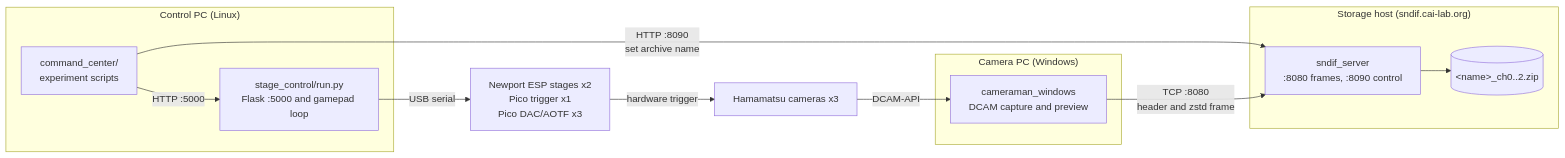
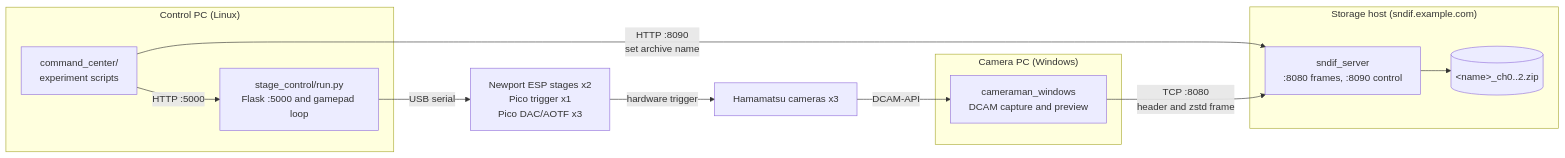
The diagram in docs/architecture.md (Cai-Lab-at-University-of-Michigan/plSCMV1_code), drawn with Mermaid before and after one commit. The commit also changed 1 other file, not shown here.

Commit message:
Update url

````diff
--- a/docs/architecture.md
+++ b/docs/architecture.md
@@ -7,27 +7,27 @@
 ```mermaid
 flowchart LR
     subgraph control["Control PC (Linux)"]
         run["stage_control/run.py<br/>Flask :5000 and gamepad loop"]
         cc["command_center/<br/>experiment scripts"]
     end
 
     subgraph camera["Camera PC (Windows)"]
         cam["cameraman_windows<br/>DCAM capture and preview"]
     end
 
-    subgraph storage["Storage host (sndif.cai-lab.org)"]
+    subgraph storage["Storage host (sndif.example.com)"]
         srv["sndif_server<br/>:8080 frames, :8090 control"]
         zips[("&lt;name&gt;_ch0..2.zip")]
     end
 
     hw["Newport ESP stages x2<br/>Pico trigger x1<br/>Pico DAC/AOTF x3"]
     cams["Hamamatsu cameras x3"]
 
     cc -->|"HTTP :5000"| run
     cc -->|"HTTP :8090<br/>set archive name"| srv
     run -->|"USB serial"| hw
     hw -->|"hardware trigger"| cams
     cams -->|"DCAM-API"| cam
     cam -->|"TCP :8080<br/>header and zstd frame"| srv
     srv --> zips
 ```
````
